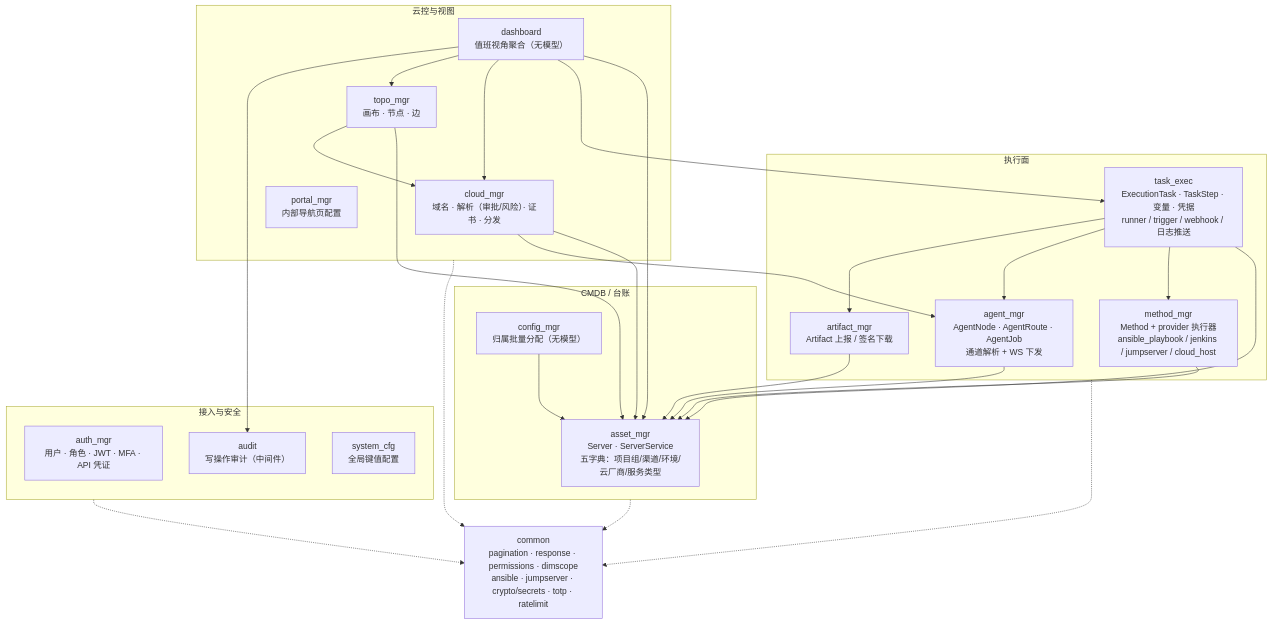
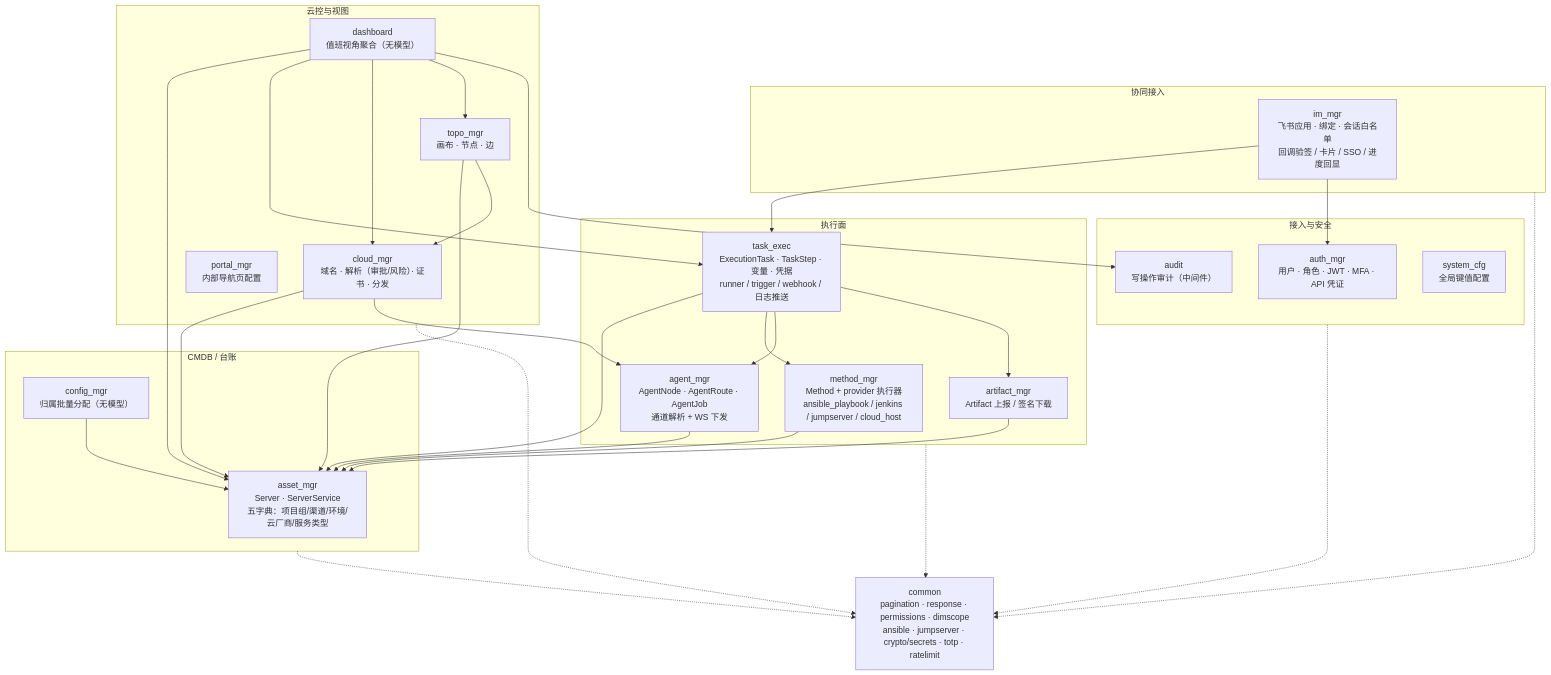
Before and after one commit to ChengJiuSu/opsmgr: the third of 7 diagrams in docs/architecture.md, drawn with Mermaid. The commit also changed other lines of this file and 2 other files, not shown here.

First line of the commit message:
docs(im): 飞书接入收尾——架构图、上线顺序与功能清单

````diff
--- a/docs/architecture.md
+++ b/docs/architecture.md
@@ -141,52 +150,59 @@
 ```mermaid
 flowchart TB
     subgraph L1["接入与安全"]
         AUTHM["auth_mgr<br/>用户 · 角色 · JWT · MFA · API 凭证"]
         AUDIT["audit<br/>写操作审计（中间件）"]
         SYS["system_cfg<br/>全局键值配置"]
     end
 
     subgraph L2["CMDB / 台账"]
         ASSET["asset_mgr<br/>Server · ServerService<br/>五字典：项目组/渠道/环境/云厂商/服务类型"]
         CONF["config_mgr<br/>归属批量分配（无模型）"]
     end
 
     subgraph L3["执行面"]
         METHOD["method_mgr<br/>Method + provider 执行器<br/>ansible_playbook / jenkins / jumpserver / cloud_host"]
         EXEC["task_exec<br/>ExecutionTask · TaskStep · 变量 · 凭据<br/>runner / trigger / webhook / 日志推送"]
         AGENTM["agent_mgr<br/>AgentNode · AgentRoute · AgentJob<br/>通道解析 + WS 下发"]
         ART["artifact_mgr<br/>Artifact 上报 / 签名下载"]
+    end
+
+    subgraph L35["协同接入"]
+        IM["im_mgr<br/>飞书应用 · 绑定 · 会话白名单<br/>回调验签 / 卡片 / SSO / 进度回显"]
     end
 
     subgraph L4["云控与视图"]
         CLOUD["cloud_mgr<br/>域名 · 解析（审批/风险）· 证书 · 分发"]
         TOPO["topo_mgr<br/>画布 · 节点 · 边"]
         DASH["dashboard<br/>值班视角聚合（无模型）"]
         PORTAL["portal_mgr<br/>内部导航页配置"]
     end
 
     COMMON["common<br/>pagination · response · permissions · dimscope<br/>ansible · jumpserver · crypto/secrets · totp · ratelimit"]
 
     CONF --> ASSET
     EXEC --> ASSET
     EXEC --> METHOD
     EXEC --> AGENTM
     EXEC --> ART
     METHOD --> ASSET
     AGENTM --> ASSET
     ART --> ASSET
     CLOUD --> ASSET
     CLOUD --> AGENTM
     TOPO --> ASSET
     TOPO --> CLOUD
     DASH --> ASSET
     DASH --> EXEC
     DASH --> CLOUD
     DASH --> TOPO
     DASH --> AUDIT
+    IM --> EXEC
+    IM --> AUTHM
 
     L1 -.-> COMMON
+    L35 -.-> COMMON
     L2 -.-> COMMON
     L3 -.-> COMMON
     L4 -.-> COMMON
 ```
````
